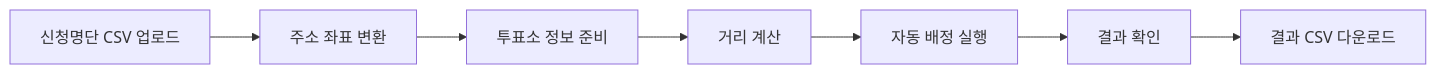
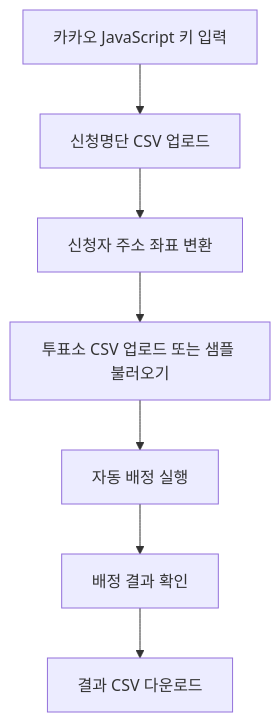
One commit to qo3op/2026-daejeon changed the diagram in README.md. Above: the diagram before and after it, drawn with Mermaid. The commit also changed other lines of this file, not shown here.

````diff
--- a/README.md
+++ b/README.md
@@ -32,9 +110,9 @@
 ```mermaid
-flowchart LR
-    A["신청명단 CSV 업로드"] --> B["주소 좌표 변환"]
-    B --> C["투표소 정보 준비"]
-    C --> D["거리 계산"]
+flowchart TD
+    A["카카오 JavaScript 키 입력"] --> B["신청명단 CSV 업로드"]
+    B --> C["신청자 주소 좌표 변환"]
+    C --> D["투표소 CSV 업로드 또는 샘플 불러오기"]
     D --> E["자동 배정 실행"]
-    E --> F["결과 확인"]
+    E --> F["배정 결과 확인"]
     F --> G["결과 CSV 다운로드"]
 ```
````
